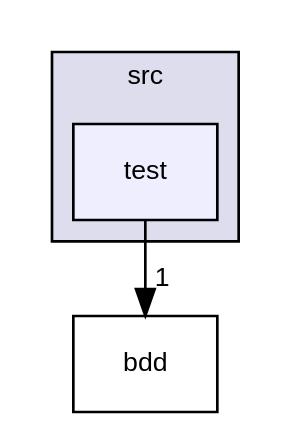
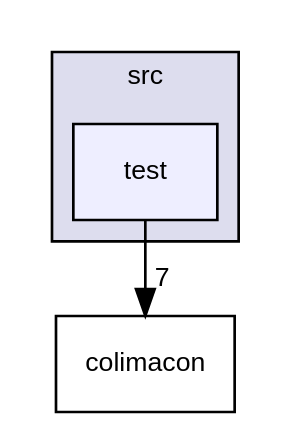
The diagram in tp2/doc/rtf/dir_120ed4da3e3217b1e7fc0b4f48568e79_dep.dot (jskd/InfoEmb), drawn with Graphviz before and after one commit. The commit also changed 343 other files, not shown here.

```diff
--- a/tp2/doc/rtf/dir_120ed4da3e3217b1e7fc0b4f48568e79_dep.dot
+++ b/tp2/doc/rtf/dir_120ed4da3e3217b1e7fc0b4f48568e79_dep.dot
@@ -1,11 +1,11 @@
 digraph "src/test" {
   compound=true
   node [ fontsize="10", fontname="Helvetica"];
   edge [ labelfontsize="10", labelfontname="Helvetica"];
   subgraph clusterdir_68267d1309a1af8e8297ef4c3efbcdba {
     graph [ bgcolor="#ddddee", pencolor="black", label="src" fontname="Helvetica", fontsize="10", URL="dir_68267d1309a1af8e8297ef4c3efbcdba.html"]
   dir_120ed4da3e3217b1e7fc0b4f48568e79 [shape=box, label="test", style="filled", fillcolor="#eeeeff", pencolor="black", URL="dir_120ed4da3e3217b1e7fc0b4f48568e79.html"];
   }
-  dir_530584a44dee1d0441044fd655f8cc06 [shape=box label="bdd" URL="dir_530584a44dee1d0441044fd655f8cc06.html"];
-  dir_120ed4da3e3217b1e7fc0b4f48568e79->dir_530584a44dee1d0441044fd655f8cc06 [headlabel="1", labeldistance=1.5 headhref="dir_000003_000001.html"];
+  dir_fdc786878ef957db1add170cc6639adf [shape=box label="colimacon" URL="dir_fdc786878ef957db1add170cc6639adf.html"];
+  dir_120ed4da3e3217b1e7fc0b4f48568e79->dir_fdc786878ef957db1add170cc6639adf [headlabel="7", labeldistance=1.5 headhref="dir_000003_000001.html"];
 }
```
